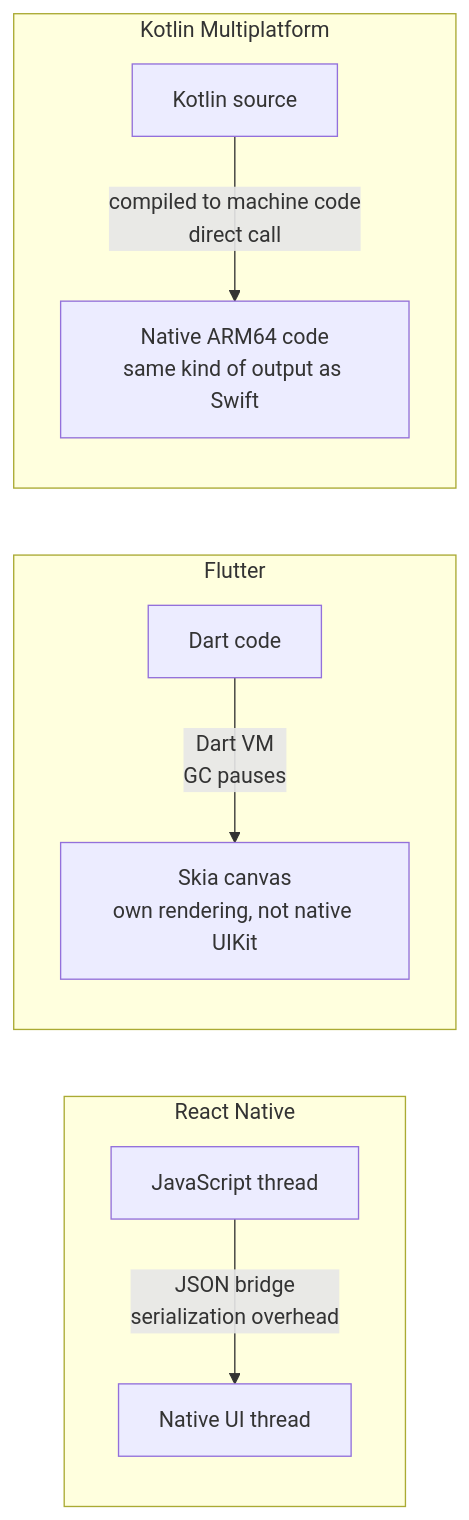
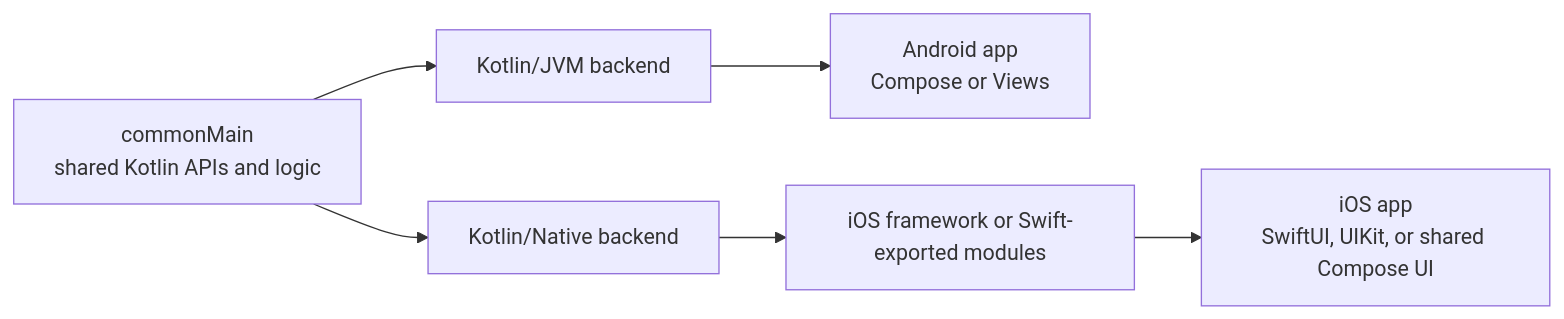
The first of 2 diagrams in android/kotlin-multiplatform/foundations/overview-and-k1-vs-k2.md (swarnsingh/android-staff-engineer-playbook-website), drawn with Mermaid before and after one commit. The commit also changed other lines of this file and 3 other files, not shown here.

````diff
--- a/android/kotlin-multiplatform/foundations/overview-and-k1-vs-k2.md
+++ b/android/kotlin-multiplatform/foundations/overview-and-k1-vs-k2.md
@@ -24,12 +24,8 @@
 ```mermaid
 flowchart LR
-    subgraph rn["React Native"]
-        js["JavaScript thread"] -->|"JSON bridge<br/>serialization overhead"| nativeUi["Native UI thread"]
-    end
-    subgraph flutter["Flutter"]
-        dart["Dart code"] -->|"Dart VM<br/>GC pauses"| skia["Skia canvas<br/>own rendering, not native UIKit"]
-    end
-    subgraph kmp["Kotlin Multiplatform"]
-        kotlin["Kotlin source"] -->|"compiled to machine code<br/>direct call"| arm["Native ARM64 code<br/>same kind of output as Swift"]
-    end
+    common["commonMain<br/>shared Kotlin APIs and logic"] --> androidBackend["Kotlin/JVM backend"]
+    common --> nativeBackend["Kotlin/Native backend"]
+    androidBackend --> androidApp["Android app<br/>Compose or Views"]
+    nativeBackend --> framework["iOS framework or Swift-exported modules"]
+    framework --> iosApp["iOS app<br/>SwiftUI, UIKit, or shared Compose UI"]
 ```
````
